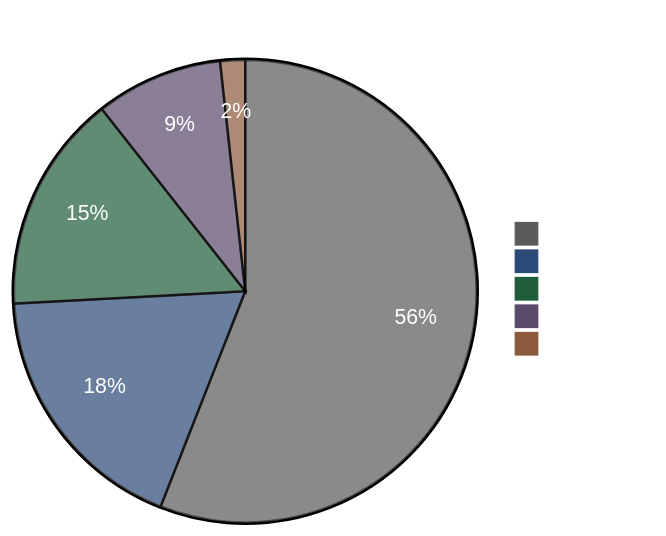
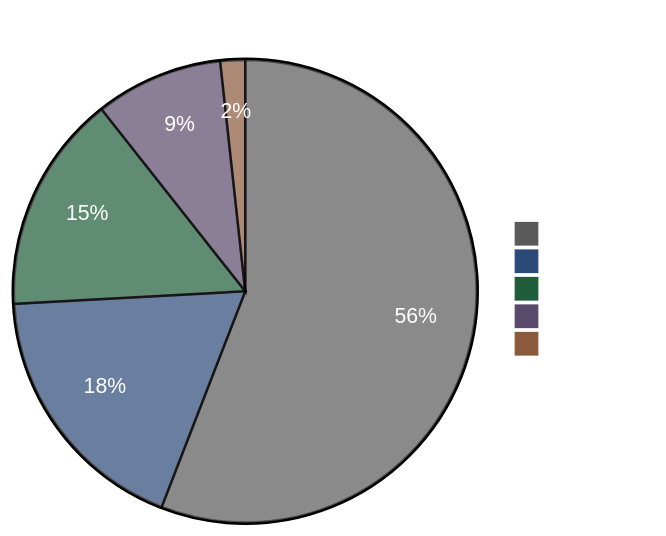
The diagram in README.md (ccmeteorljh/reco-arxiv-daily), drawn with Mermaid before and after one commit. The commit also changed other lines of this file and 7 other files, not shown here.

````diff
--- a/README.md
+++ b/README.md
@@ -6,19 +6,19 @@
 ```mermaid
 %%{init: {'theme':'base', 'themeVariables': {
   'pie1':'#5a5a5a',
   'pie2':'#2c4a78',
   'pie3':'#1e5c3a',
   'pie4':'#5a4a6a',
   'pie5':'#8b5a3c',
   'pieTitleTextColor':'#ffffff',
   'pieSectionTextColor':'#ffffff',
   'pieLegendTextColor':'#ffffff'
 }}}%%
 pie showData
 title Paper Distribution by Tag
-  "Other" : 643
-  "LLM" : 209
-  "GR" : 175
-  "Seq" : 102
+  "Other" : 646
+  "LLM" : 211
+  "GR" : 176
+  "Seq" : 103
   "Scaling" : 20
 ```
````
